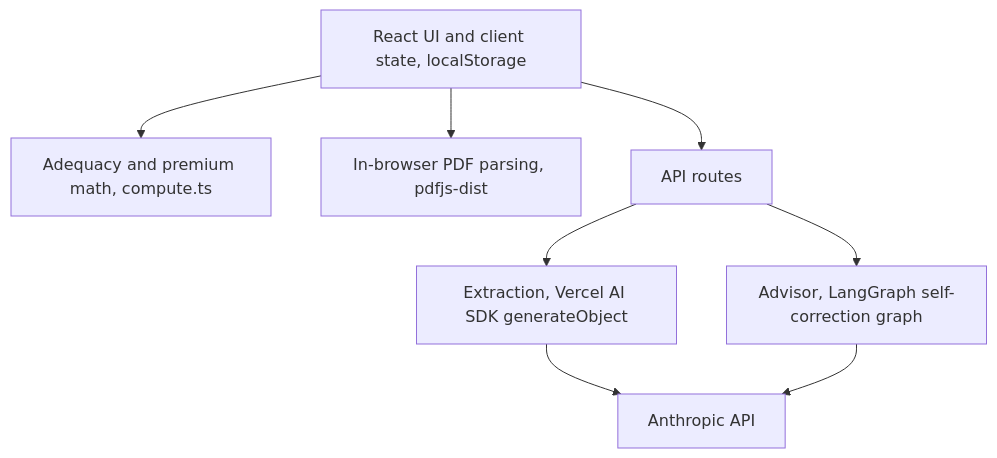
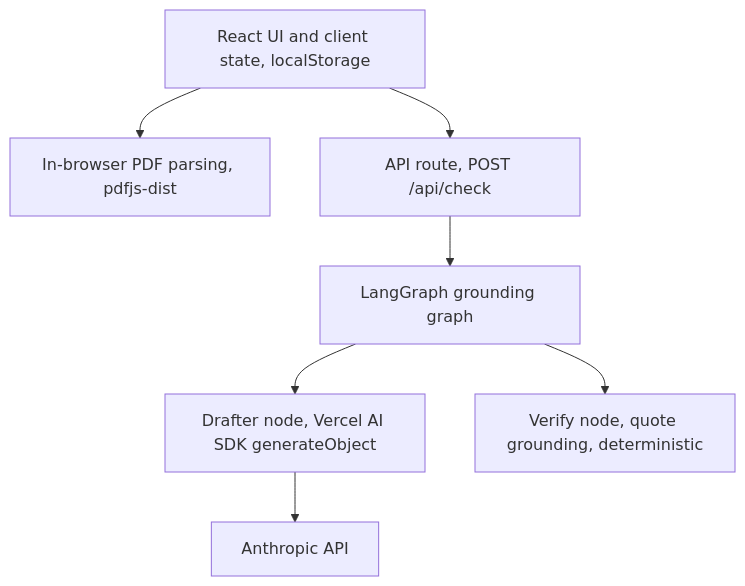
One commit to elleskay/insurance-dashboard changed the third of 6 diagrams in README.md. Above: the diagram before and after it, drawn with Mermaid. The commit also changed other lines of this file and 28 other files, not shown here.

````diff
--- a/README.md
+++ b/README.md
@@ -87,10 +79,9 @@
 ```mermaid
 flowchart TD
-    UI[React UI and client state, localStorage] --> Compute[Adequacy and premium math, compute.ts]
-    UI --> PDF[In-browser PDF parsing, pdfjs-dist]
-    UI --> Routes[API routes]
-    Routes --> Extract[Extraction, Vercel AI SDK generateObject]
-    Routes --> Advisor[Advisor, LangGraph self-correction graph]
-    Extract --> Anthropic[Anthropic API]
-    Advisor --> Anthropic
+    UI[React UI and client state, localStorage] --> PDF[In-browser PDF parsing, pdfjs-dist]
+    UI --> Route[API route, POST /api/check]
+    Route --> Graph[LangGraph grounding graph]
+    Graph --> Draft[Drafter node, Vercel AI SDK generateObject]
+    Graph --> Verify[Verify node, quote grounding, deterministic]
+    Draft --> Anthropic[Anthropic API]
 ```
````
